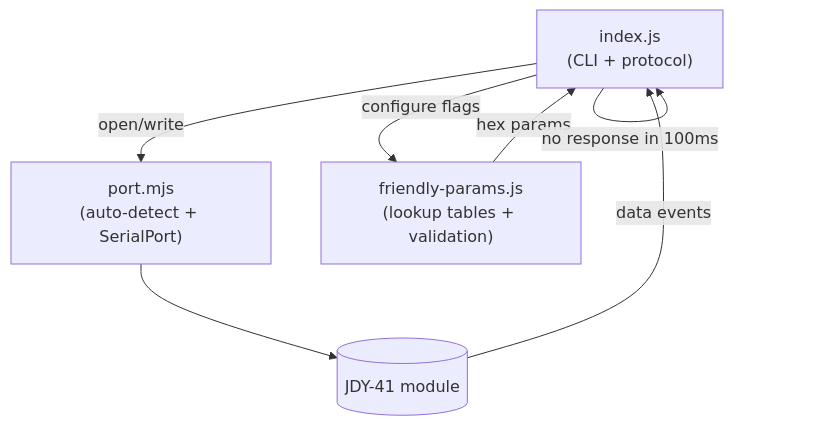
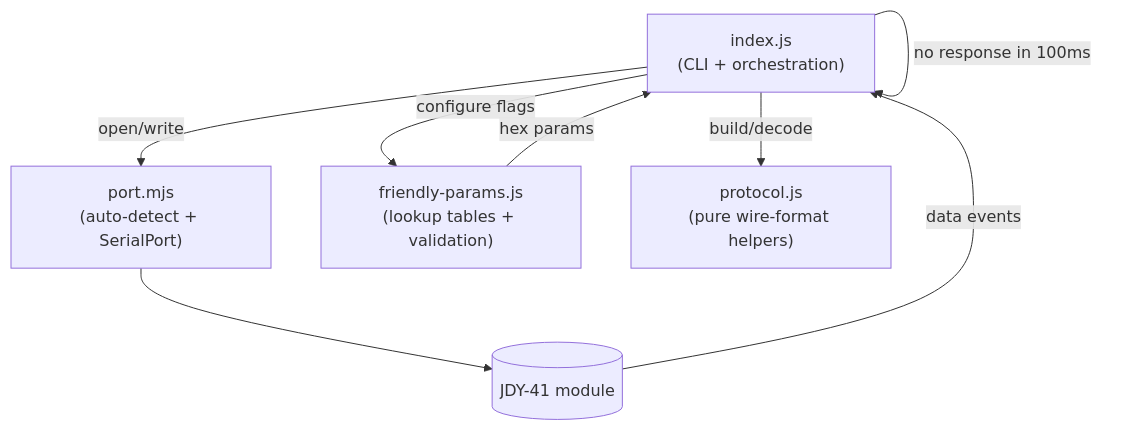
The diagram in README.md (oleksiisedun/jdy-41), drawn with Mermaid before and after one commit. The commit also changed other lines of this file and 2 other files, not shown here.

Commit message:
Add aggregate check script and bring docs up to date
- npm run check (lint + typecheck + test) as the one entry point,
  documented in CLAUDE.md's Commands section alongside the individual
  scripts.
- CLAUDE.md's data-handler note said each 'data' event delivers exactly
  one byte; that assumption was fixed in a prior commit (splitting hex
  pairs per chunk) but the doc was never updated to match. Also document
  the retry cap (maxAttempts) and overall response deadline
  (responseTimeoutMs), which weren't mentioned before.
- CLAUDE.md and README's architecture description/diagram now include
  protocol.js.

Claude-Session: https://claude.ai/code/session_01R9nvMVRzcUBBL3QcxBqHcW

````diff
--- a/README.md
+++ b/README.md
@@ -21,9 +21,10 @@
 ```mermaid
 graph TD
-  CLI["index.js\n(CLI + protocol)"] -->|open/write| Port["port.mjs\n(auto-detect + SerialPort)"]
+  CLI["index.js\n(CLI + orchestration)"] -->|open/write| Port["port.mjs\n(auto-detect + SerialPort)"]
   CLI -->|configure flags| Friendly["friendly-params.js\n(lookup tables + validation)"]
   Friendly -->|hex params| CLI
+  CLI -->|build/decode| Protocol["protocol.js\n(pure wire-format helpers)"]
   Port --> Device[("JDY-41 module")]
   Device -->|data events| CLI
   CLI -->|no response in 100ms| CLI
 ```
````
